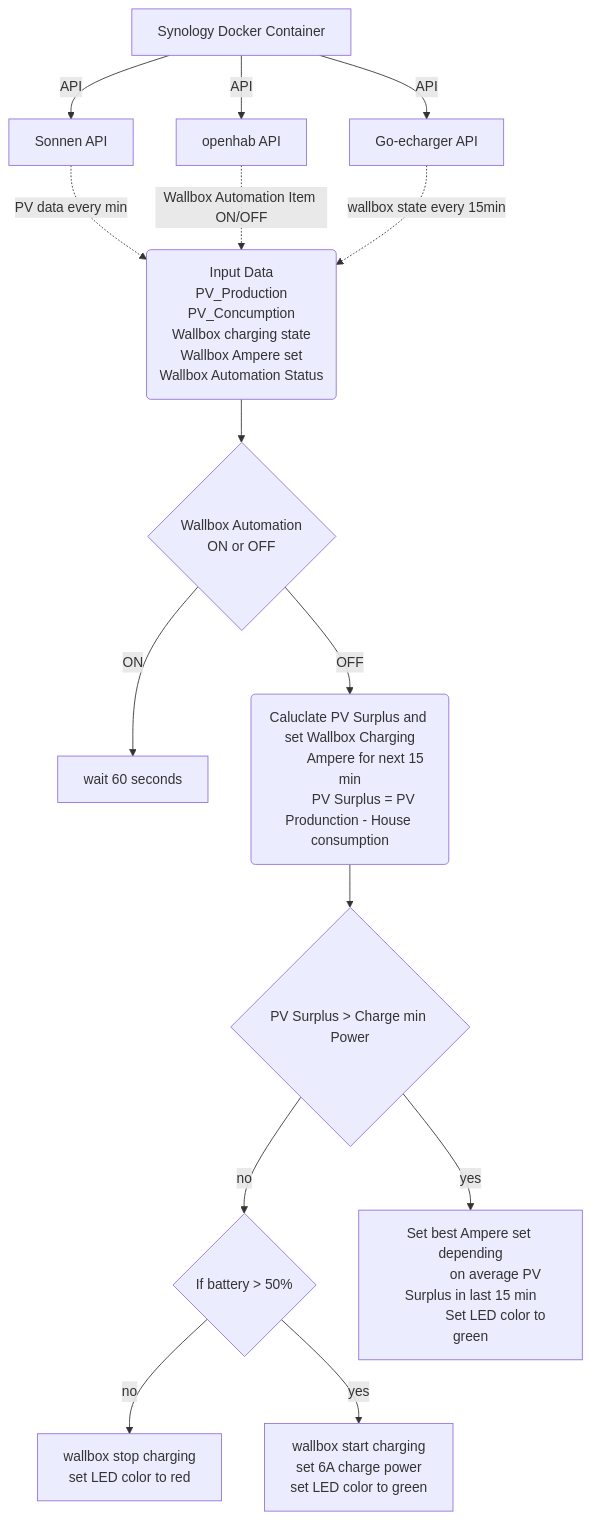
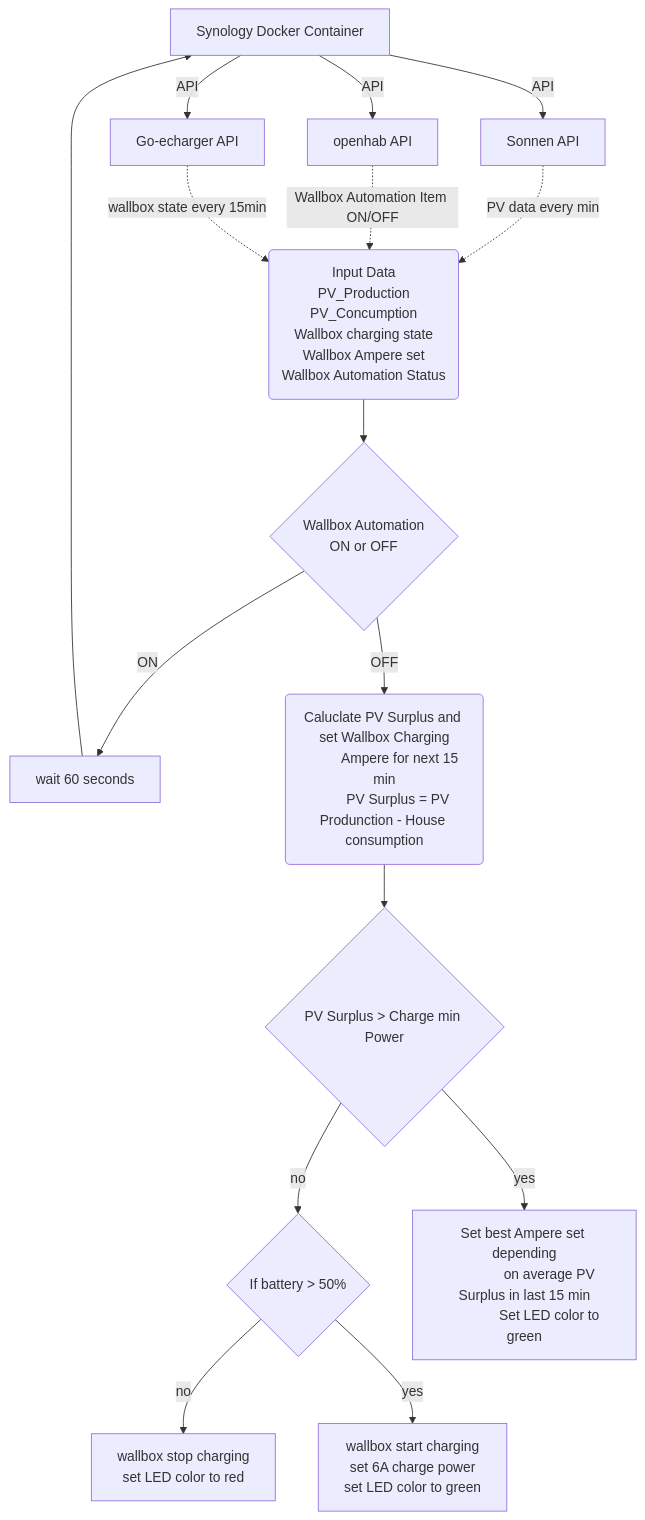
The diagram in README.md (schwabenschulle/pvcharger), drawn with Mermaid before and after one commit.

````diff
--- a/README.md
+++ b/README.md
@@ -22,32 +22,33 @@
 ```mermaid
 graph TD
 A[Synology Docker Container] -->|API| B[Sonnen API]
 
 A[Synology Docker Container] -->|API| C[Go-echarger API]
 A[Synology Docker Container] -->|API| K[openhab API]
 B[Sonnen API] -.->|PV data every min|D("Input Data
                 PV_Production
                 PV_Concumption
                 Wallbox charging state
                 Wallbox Ampere set
                 Wallbox Automation Status")
 K[openhab API] -.->|Wallbox Automation Item ON/OFF| D
 C[Go-echarger API] -.->|wallbox state every 15min| D
 D --> L{"Wallbox Automation
           ON or OFF"}
 L -->|ON| M["wait 60 seconds"]
+M --> A[Synology Docker Container]
 L -->|OFF| E("Caluclate PV Surplus and set Wallbox Charging
          Ampere for next 15 min
         PV Surplus = PV Produnction - House consumption")
 E --> F{"PV Surplus > Charge min Power"}
 F -->|no| G{"If battery > 50%"}
 G --> |no| H["wallbox stop charging
              set LED color to red"]
 G -->|yes| I["wallbox start charging
               set 6A charge power
               set LED color to green"]
 F -->|yes| J["Set best Ampere set depending
               on average PV Surplus in last 15 min
               Set LED color to green"]
 
 ```
````
